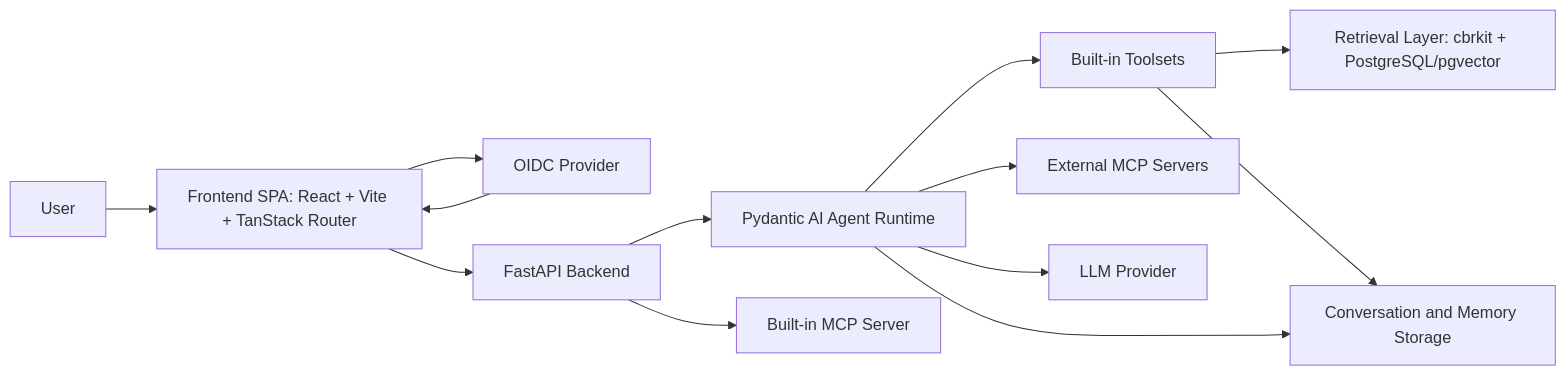
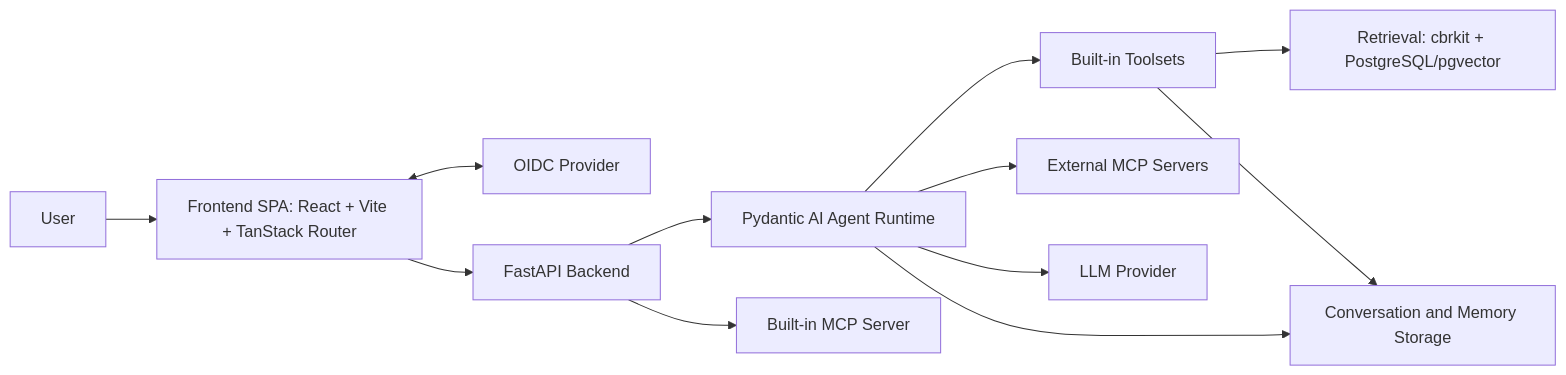
One commit to dfki-ebls/hivegent changed the first of 3 diagrams in ARCHITECTURE.md. Above: the diagram before and after it, drawn with Mermaid. The commit also changed other lines of this file and 4 other files, not shown here.

````diff
--- a/ARCHITECTURE.md
+++ b/ARCHITECTURE.md
@@ -44,27 +9,26 @@
 ```mermaid
 flowchart LR
     end_user[User]
     frontend_spa[Frontend SPA: React + Vite + TanStack Router]
     oidc_provider[OIDC Provider]
     fastapi_backend[FastAPI Backend]
-    pydantic_ai_agent_runtime[Pydantic AI Agent Runtime]
-    built_in_toolsets[Built-in Toolsets]
-    external_mcp_servers[External MCP Servers]
-    built_in_mcp_server[Built-in MCP Server]
-    retrieval_layer[Retrieval Layer: cbrkit + PostgreSQL/pgvector]
-    conversation_memory_storage[Conversation and Memory Storage]
+    agent_runtime[Pydantic AI Agent Runtime]
+    toolsets[Built-in Toolsets]
+    external_mcp[External MCP Servers]
+    built_in_mcp[Built-in MCP Server]
+    retrieval[Retrieval: cbrkit + PostgreSQL/pgvector]
+    storage[Conversation and Memory Storage]
     llm_provider[LLM Provider]
 
     end_user --> frontend_spa
-    frontend_spa --> oidc_provider
-    oidc_provider --> frontend_spa
+    frontend_spa <--> oidc_provider
     frontend_spa --> fastapi_backend
-    fastapi_backend --> pydantic_ai_agent_runtime
-    pydantic_ai_agent_runtime --> built_in_toolsets
-    pydantic_ai_agent_runtime --> external_mcp_servers
-    fastapi_backend --> built_in_mcp_server
-    built_in_toolsets --> retrieval_layer
-    built_in_toolsets --> conversation_memory_storage
-    pydantic_ai_agent_runtime --> conversation_memory_storage
-    pydantic_ai_agent_runtime --> llm_provider
+    fastapi_backend --> agent_runtime
+    fastapi_backend --> built_in_mcp
+    agent_runtime --> toolsets
+    agent_runtime --> external_mcp
+    agent_runtime --> llm_provider
+    agent_runtime --> storage
+    toolsets --> retrieval
+    toolsets --> storage
 ```
````
